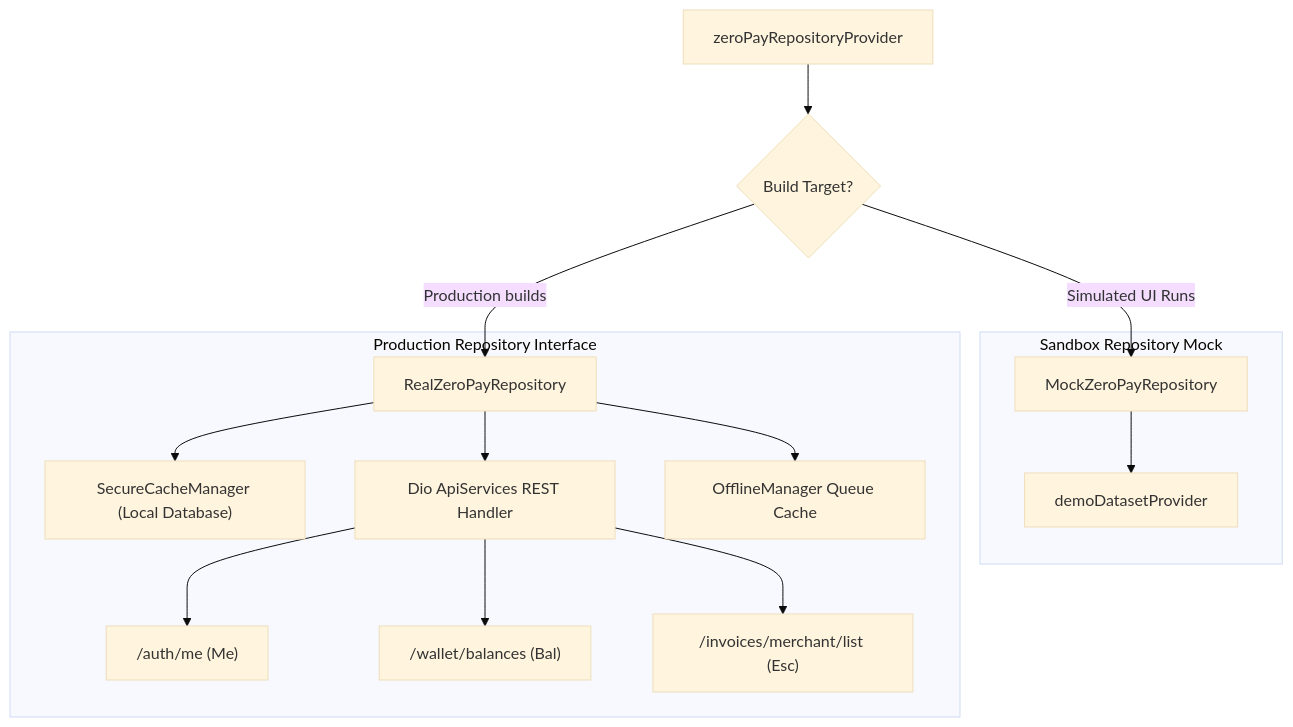
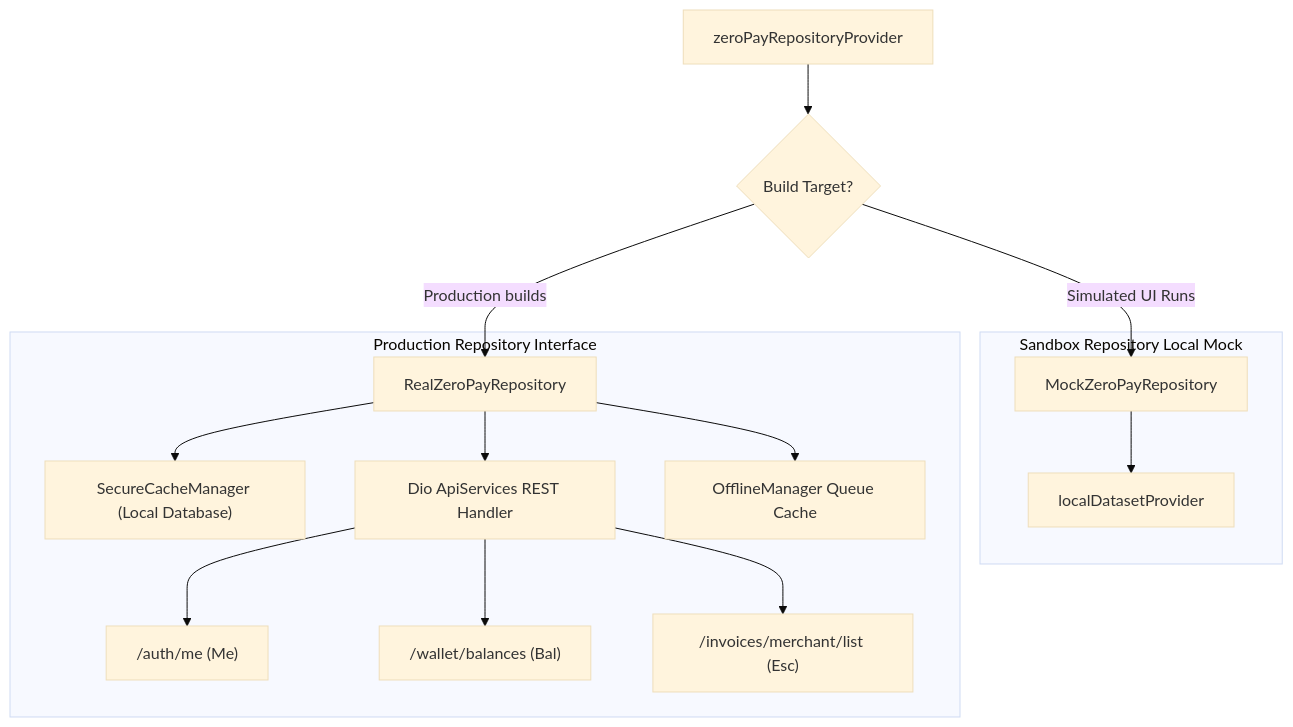
The third of 15 diagrams in README.md (madhavansingh/ZeroPay-app), drawn with Mermaid (base theme) before and after one commit. The commit also changed other lines of this file and 39 other files, not shown here.

````diff
--- a/README.md
+++ b/README.md
@@ -153,21 +152,21 @@
 ```mermaid
 flowchart TB
     refProvider["zeroPayRepositoryProvider"] --> RepoCheck{"Build Target?"}
     
     RepoCheck -->|Simulated UI Runs| MockRepo["MockZeroPayRepository"]
     RepoCheck -->|Production builds| RealRepo["RealZeroPayRepository"]
     
-    subgraph MockRepo_Flow ["Sandbox Repository Mock"]
-        MockRepo --> DataGen["demoDatasetProvider"]
+    subgraph MockRepo_Flow ["Sandbox Repository Local Mock"]
+        MockRepo --> DataGen["localDatasetProvider"]
     end
 
     subgraph RealRepo_Flow ["Production Repository Interface"]
         RealRepo --> Cache["SecureCacheManager (Local Database)"]
         RealRepo --> REST_Client["Dio ApiServices REST Handler"]
         RealRepo --> Offline["OfflineManager Queue Cache"]
         
         REST_Client --> ME_Route["/auth/me (Me)"]
         REST_Client --> Bal_Route["/wallet/balances (Bal)"]
         REST_Client --> Esc_Route["/invoices/merchant/list (Esc)"]
     end
 ```
````
